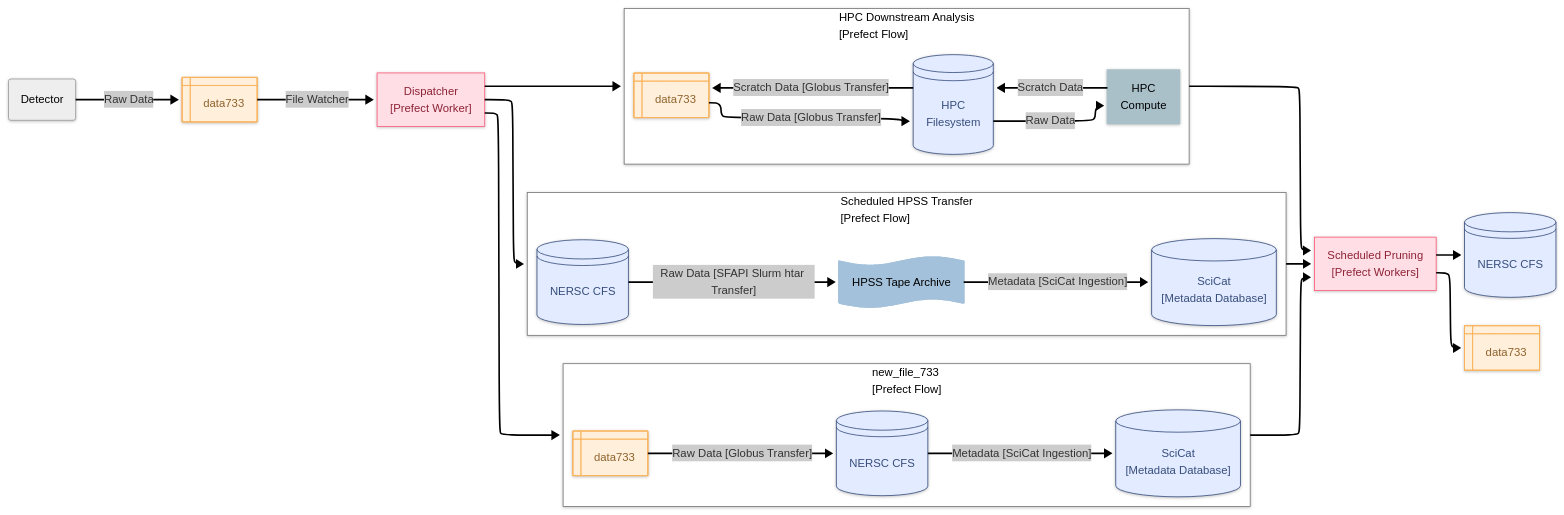
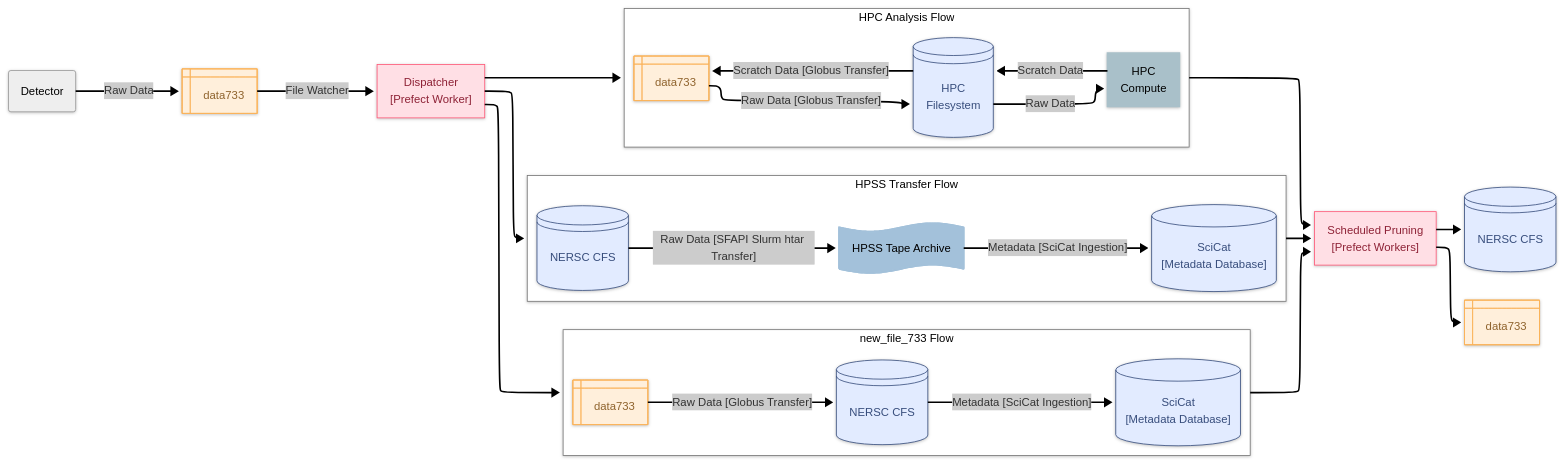
The second of 2 diagrams in docs/mkdocs/docs/bl733.md (davramov/splash_flows), drawn with Mermaid before and after one commit.

Commit message:
fixing cut off text in diagram

````diff
--- a/docs/mkdocs/docs/bl733.md
+++ b/docs/mkdocs/docs/bl733.md
@@ -55,83 +55,83 @@
 ```mermaid
 ---
 config:
   theme: neo
   layout: elk
   look: neo
 ---
 flowchart LR
- subgraph s1["new_file_733<br>[Prefect Flow]"]
+ subgraph s1["new_file_733 Flow"]
         n20["data733"]
         n21["NERSC CFS"]
         n22@{ label: "SciCat<br style=\"--tw-scale-x:\">[Metadata Database]" }
   end
- subgraph s2["Scheduled HPSS Transfer<br>[Prefect Flow]"]
+ subgraph s2["HPSS Transfer Flow"]
         n38["NERSC CFS"]
         n39["HPSS Tape Archive"]
         n40["SciCat <br>[Metadata Database]"]
   end
- subgraph s3["HPC Downstream Analysis<br>[Prefect Flow]"]
+ subgraph s3["HPC Analysis Flow"]
         n41["data733"]
         n42["HPC<br>Filesystem"]
         n43["HPC<br>Compute"]
   end
     n23["data733"] -- File Watcher --> n24["Dispatcher<br>[Prefect Worker]"]
     n25["Detector"] -- Raw Data --> n23
     n24 --> s1 & s2 & s3
     n20 -- Raw Data [Globus Transfer] --> n21
     n21 -- "<span style=color:>Metadata [SciCat Ingestion]</span>" --> n22
     n32["Scheduled Pruning <br>[Prefect Workers]"] --> n35["NERSC CFS"] & n34["data733"]
     n38 -- Raw Data [SFAPI Slurm htar Transfer] --> n39
     n39 -- "<span style=color:>Metadata [SciCat Ingestion]</span>" --> n40
     s2 --> n32
     s3 --> n32
     s1 --> n32
     n41 -- Raw Data [Globus Transfer] --> n42
     n42 -- Raw Data --> n43
     n43 -- Scratch Data --> n42
     n42 -- Scratch Data [Globus Transfer] --> n41
     n20@{ shape: internal-storage}
     n21@{ shape: disk}
     n22@{ shape: db}
     n38@{ shape: disk}
     n39@{ shape: paper-tape}
     n40@{ shape: db}
     n41@{ shape: internal-storage}
     n42@{ shape: disk}
     n23@{ shape: internal-storage}
     n24@{ shape: rect}
     n25@{ shape: rounded}
     n35@{ shape: disk}
     n34@{ shape: internal-storage}
      n20:::storage
      n20:::Peach
      n21:::Sky
      n22:::Sky
      n38:::Sky
      n39:::storage
      n40:::Sky
      n41:::Peach
      n42:::Sky
      n43:::compute
      n23:::collection
      n23:::storage
      n23:::Peach
      n24:::collection
      n24:::Rose
      n25:::Ash
      n32:::Rose
      n35:::Sky
      n34:::Peach
     classDef collection fill:#D3A6A1, stroke:#D3A6A1, stroke-width:2px, color:#000000
     classDef Rose stroke-width:1px, stroke-dasharray:none, stroke:#FF5978, fill:#FFDFE5, color:#8E2236
     classDef storage fill:#A3C1DA, stroke:#A3C1DA, stroke-width:2px, color:#000000
     classDef Ash stroke-width:1px, stroke-dasharray:none, stroke:#999999, fill:#EEEEEE, color:#000000
     classDef visualization fill:#E8D5A6, stroke:#E8D5A6, stroke-width:2px, color:#000000
     classDef Peach stroke-width:1px, stroke-dasharray:none, stroke:#FBB35A, fill:#FFEFDB, color:#8F632D
     classDef Sky stroke-width:1px, stroke-dasharray:none, stroke:#374D7C, fill:#E2EBFF, color:#374D7C
     classDef compute fill:#A9C0C9, stroke:#A9C0C9, stroke-width:2px, color:#000000
     style s1 stroke:#757575
     style s2 stroke:#757575
     style s3 stroke:#757575
 
 ```
````
